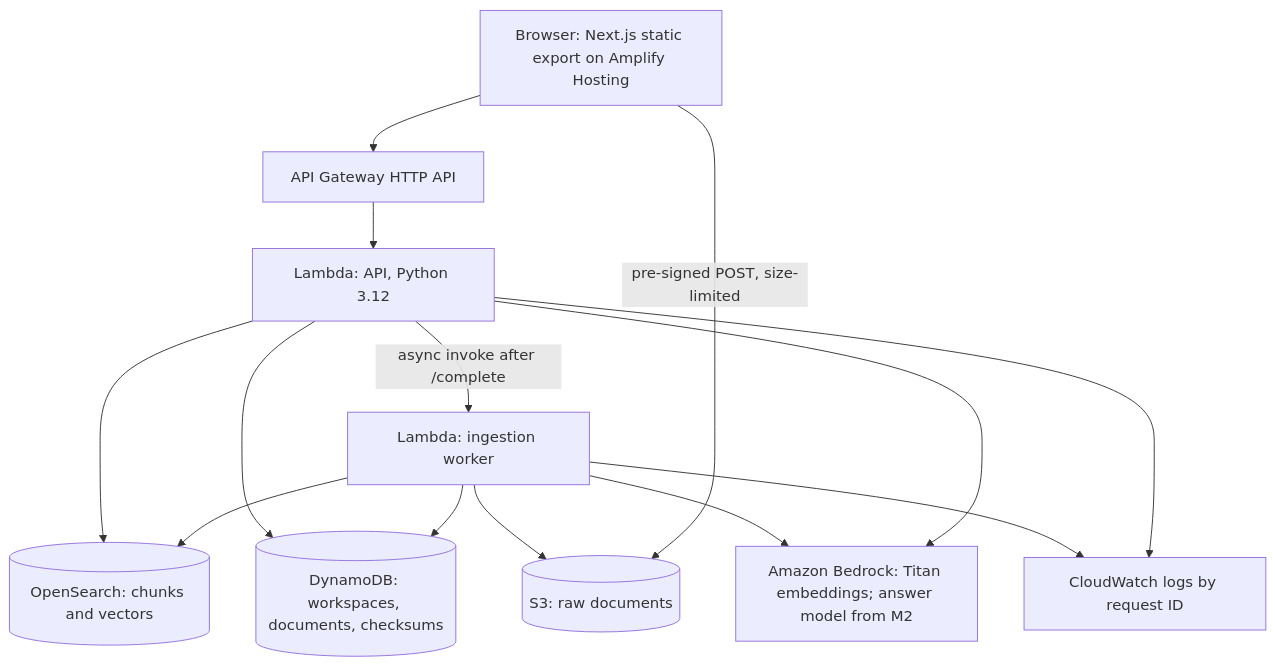
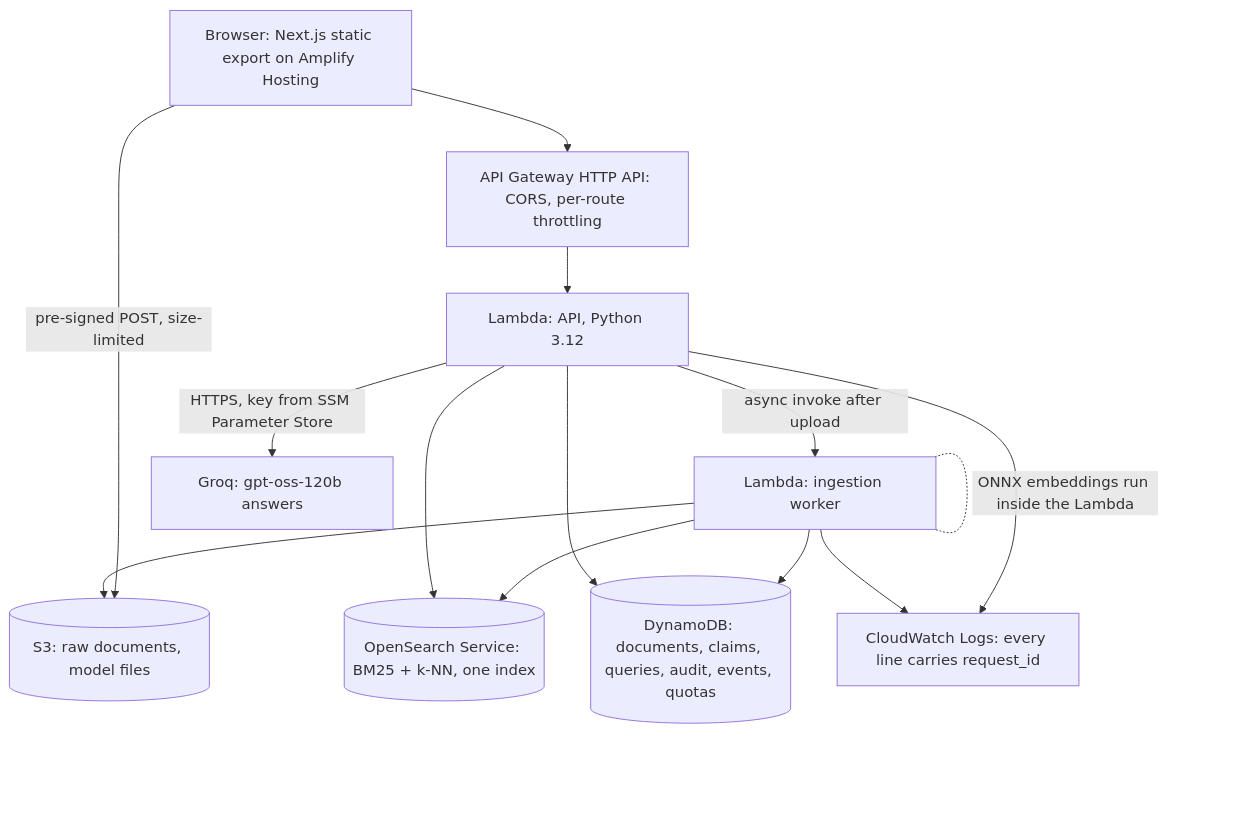
Before and after one commit to theShivansh/CROWN-X: the diagram in README.md, drawn with Mermaid. The commit also changed other lines of this file and 19 other files, not shown here.

````diff
--- a/README.md
+++ b/README.md
@@ -38,16 +69,16 @@
 ```mermaid
 flowchart TD
-    U[Browser: Next.js static export on Amplify Hosting] --> G[API Gateway HTTP API]
+    U[Browser: Next.js static export on Amplify Hosting] --> G[API Gateway HTTP API: CORS, per-route throttling]
+    U -- pre-signed POST, size-limited --> S3[(S3: raw documents, model files)]
     G --> L[Lambda: API, Python 3.12]
-    U -- pre-signed POST, size-limited --> S3[(S3: raw documents)]
-    L -- async invoke after /complete --> I[Lambda: ingestion worker]
+    L -- async invoke after upload --> I[Lambda: ingestion worker]
     I --> S3
-    I --> OS[(OpenSearch: chunks and vectors)]
-    I --> D[(DynamoDB: workspaces, documents, checksums)]
+    I --> OS[(OpenSearch Service: BM25 + k-NN, one index)]
+    I --> D[(DynamoDB: documents, claims, queries, audit, events, quotas)]
     L --> OS
     L --> D
-    L --> B[Amazon Bedrock: Titan embeddings; answer model from M2]
-    I --> B
-    L --> CW[CloudWatch logs by request ID]
+    L -- HTTPS, key from SSM Parameter Store --> Q[Groq: gpt-oss-120b answers]
+    I -. ONNX embeddings run inside the Lambda .- I
+    L --> CW[CloudWatch Logs: every line carries request_id]
     I --> CW
 ```
````
